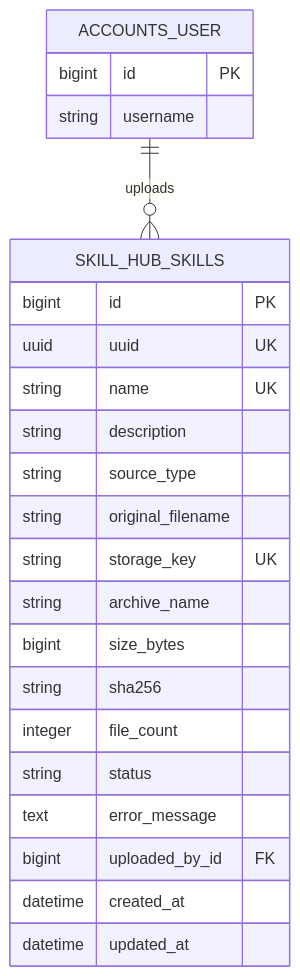
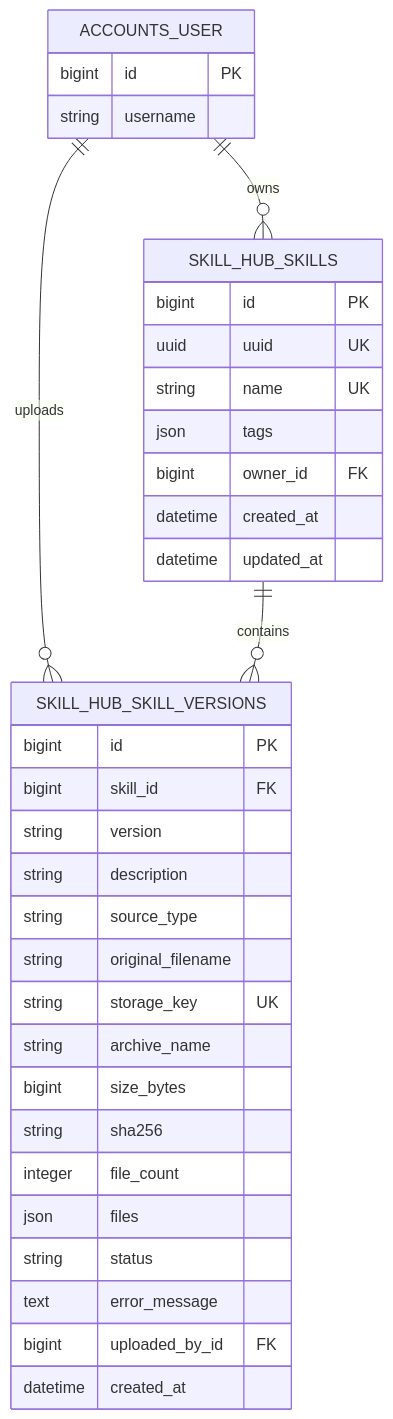
One commit to HaleyDev/Homeops changed the diagram in docs/skill-hub-design.md. Above: the diagram before and after it, drawn with Mermaid. The commit also changed other lines of this file and 37 other files, not shown here.

Commit message:
feat: add skill hub

````diff
--- a/docs/skill-hub-design.md
+++ b/docs/skill-hub-design.md
@@ -217,28 +267,40 @@
 ```mermaid
 erDiagram
-    ACCOUNTS_USER ||--o{ SKILL_HUB_SKILLS : uploads
+    ACCOUNTS_USER ||--o{ SKILL_HUB_SKILLS : owns
+    ACCOUNTS_USER ||--o{ SKILL_HUB_SKILL_VERSIONS : uploads
+    SKILL_HUB_SKILLS ||--o{ SKILL_HUB_SKILL_VERSIONS : contains
 
     ACCOUNTS_USER {
         bigint id PK
         string username
     }
 
     SKILL_HUB_SKILLS {
         bigint id PK
         uuid uuid UK
         string name UK
+        json tags
+        bigint owner_id FK
+        datetime created_at
+        datetime updated_at
+    }
+
+    SKILL_HUB_SKILL_VERSIONS {
+        bigint id PK
+        bigint skill_id FK
+        string version
         string description
         string source_type
         string original_filename
         string storage_key UK
         string archive_name
         bigint size_bytes
         string sha256
         integer file_count
+        json files
         string status
         text error_message
         bigint uploaded_by_id FK
         datetime created_at
-        datetime updated_at
     }
 ```
````
